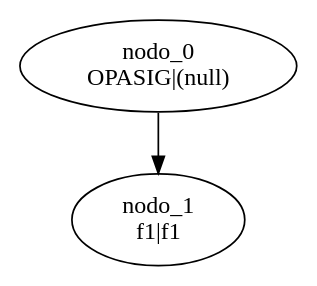
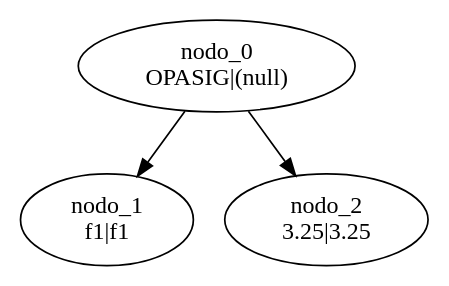
One commit to Apolo-Accattoli/LyC-2022-1C changed the diagram in Grupo14/gragh.dot. Above: the diagram before and after it, drawn with Graphviz. The commit also changed 8 other files, not shown here.

```diff
--- a/Grupo14/gragh.dot
+++ b/Grupo14/gragh.dot
@@ -1,3 +1,4 @@
 digraph G {
 	"nodo_0 \nOPASIG|(null)" -> "nodo_1 \nf1|f1"
+	"nodo_0 \nOPASIG|(null)" -> "nodo_2 \n3.25|3.25"
 }
```
